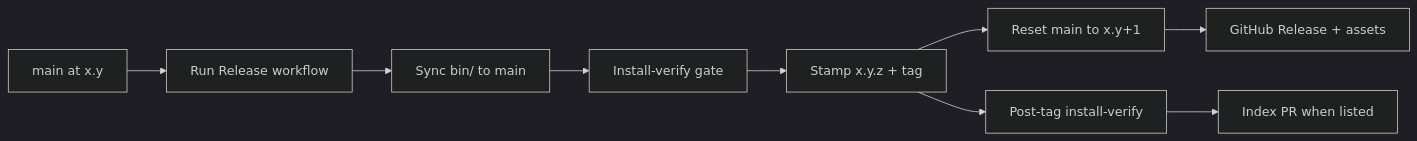
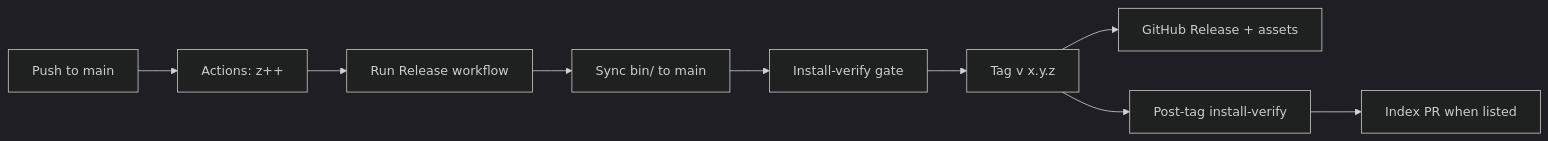
Before and after one commit to CREATeNG/freecad-mcp-bridge: the diagram in DEVELOPMENT.md, drawn with Mermaid (dark theme). The commit also changed other lines of this file and 5 other files, not shown here.

First line of the commit message:
Revert to x.y.z versioning; Actions owns patch bump

````diff
--- a/DEVELOPMENT.md
+++ b/DEVELOPMENT.md
@@ -77,11 +79,11 @@
 ```mermaid
 flowchart LR
-  dev[main at x.y] --> release[Run Release workflow]
+  push[Push to main] --> bump[Actions: z++]
+  bump --> release[Run Release workflow]
   release --> bins[Sync bin/ to main]
   bins --> verify[Install-verify gate]
-  verify --> stamp[Stamp x.y.z + tag]
-  stamp --> reset[Reset main to x.y+1]
-  reset --> ghrel[GitHub Release + assets]
-  stamp --> postverify[Post-tag install-verify]
+  verify --> tag[Tag v x.y.z]
+  tag --> ghrel[GitHub Release + assets]
+  tag --> postverify[Post-tag install-verify]
   postverify --> index[Index PR when listed]
 ```
````
